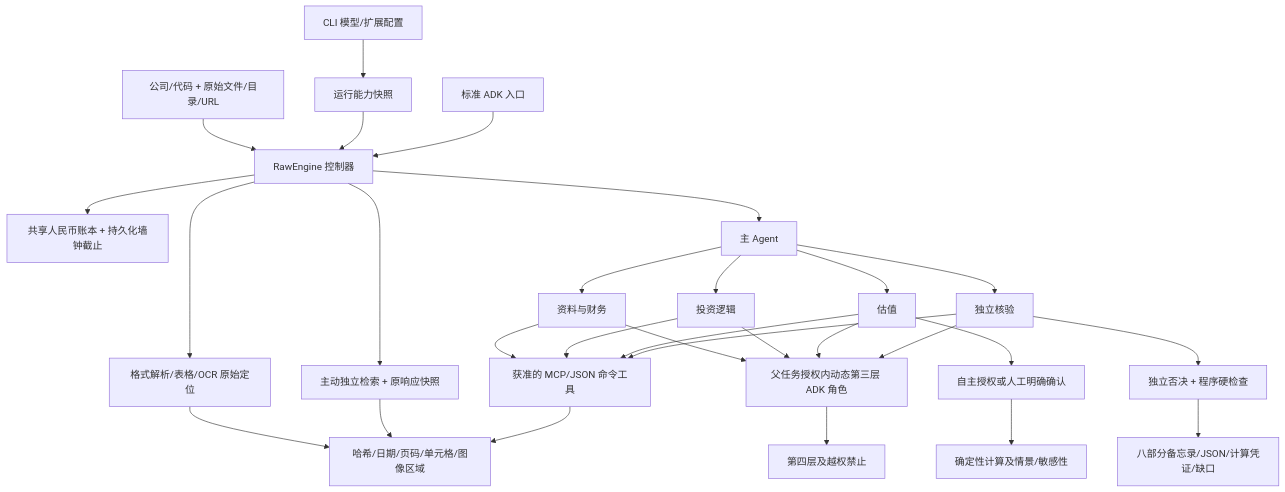
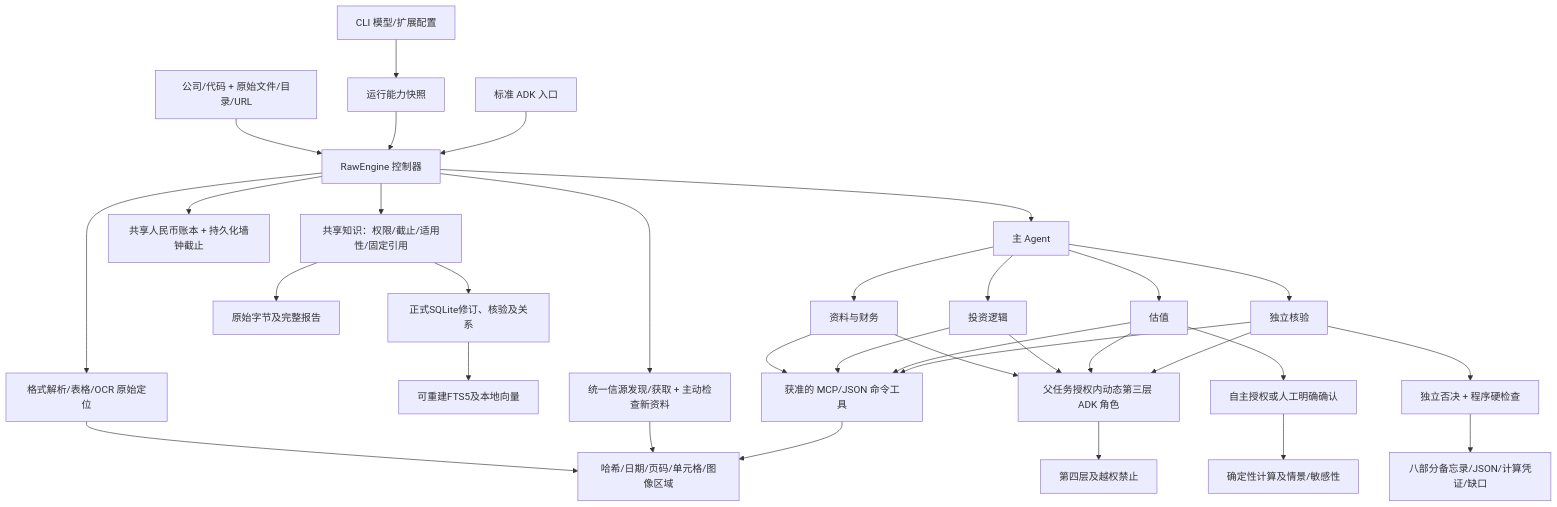
Before and after one commit to chilly-chilli/Yantra: the diagram in docs/ARCHITECTURE.md, drawn with Mermaid. The commit also changed other lines of this file and 79 other files, not shown here.

````diff
--- a/docs/ARCHITECTURE.md
+++ b/docs/ARCHITECTURE.md
@@ -5,24 +7,28 @@
 ```mermaid
 flowchart TD
   CLI[公司/代码 + 原始文件/目录/URL] --> Raw[RawEngine 控制器]
   Configure[CLI 模型/扩展配置] --> Snapshot[运行能力快照]
   Snapshot --> Raw
   ADK[标准 ADK 入口] --> Raw
   Raw --> Ingest[格式解析/表格/OCR 原始定位]
-  Raw --> Search[主动独立检索 + 原响应快照]
+  Raw --> Knowledge[共享知识：权限/截止/适用性/固定引用]
+  Knowledge --> SQLite[正式SQLite修订、核验及关系]
+  Knowledge --> Files[原始字节及完整报告]
+  SQLite --> Index[可重建FTS5及本地向量]
+  Raw --> Search[统一信源发现/获取 + 主动检查新资料]
   Ingest & Search --> Sources[哈希/日期/页码/单元格/图像区域]
   Raw --> Ledger[共享人民币账本 + 持久化墙钟截止]
   Raw --> Main[主 Agent]
   Main --> Finance[资料与财务]
   Main --> Thesis[投资逻辑]
   Main --> Value[估值]
   Main --> Audit[独立核验]
   Finance & Thesis & Value & Audit --> Children[父任务授权内动态第三层 ADK 角色]
   Finance & Thesis & Value & Audit --> Extensions[获准的 MCP/JSON 命令工具]
   Extensions --> Sources
   Children --> Gate[第四层及越权禁止]
   Value --> Auth[自主授权或人工明确确认]
   Auth --> Calc[确定性计算及情景/敏感性]
   Audit --> Veto[独立否决 + 程序硬检查]
   Veto --> Output[八部分备忘录/JSON/计算凭证/缺口]
 ```
````
